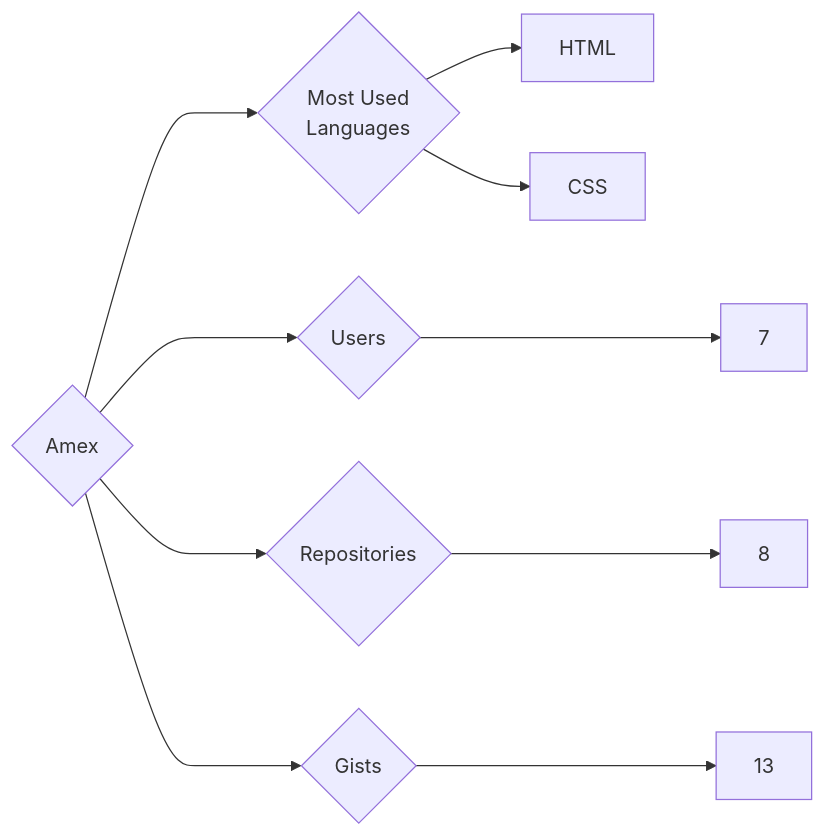
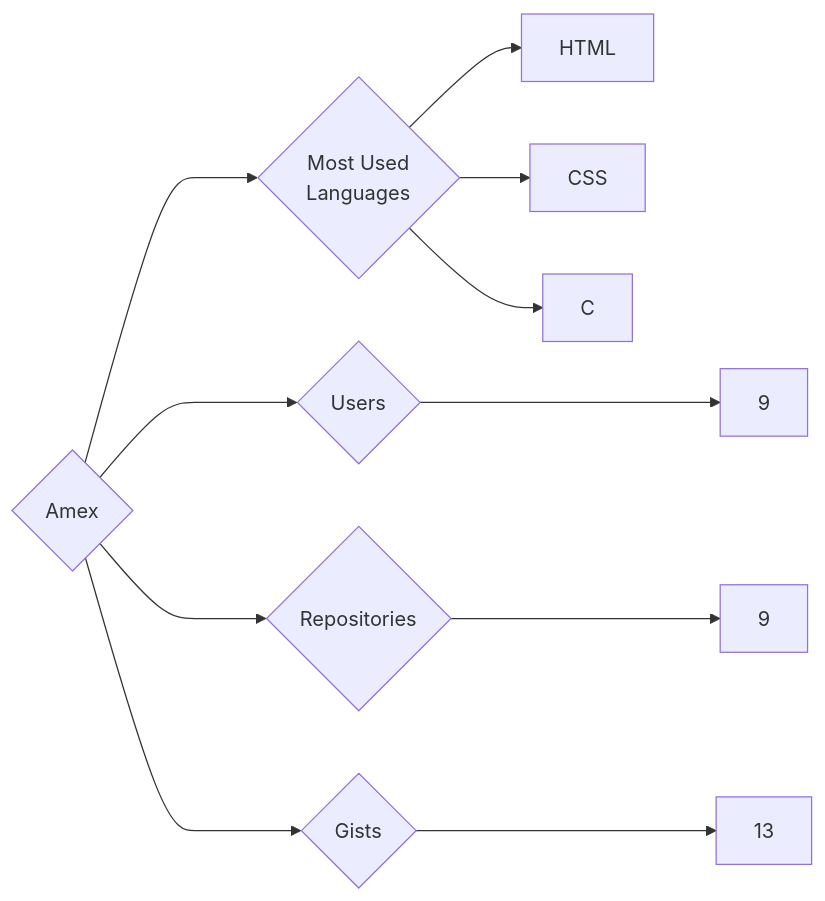
One commit to trickest/insiders changed the diagram in targets/Amex/README.md. Above: the diagram before and after it, drawn with Mermaid. The commit also changed 1120 other files, not shown here.

````diff
--- a/targets/Amex/README.md
+++ b/targets/Amex/README.md
@@ -3,10 +3,11 @@
 ```mermaid
 graph LR
 COMPANY_NAME{Amex}
-COMPANY_NAME ---> U{Users} ---> UN[7]
-COMPANY_NAME ---> R{Repositories} ---> RN[8]
+COMPANY_NAME ---> U{Users} ---> UN[9]
+COMPANY_NAME ---> R{Repositories} ---> RN[9]
 COMPANY_NAME ---> G{Gists} ---> GN[13]
 COMPANY_NAME ---> ML{Most Used<br>Languages}
 ML --> HTML[HTML]
 ML --> CSS[CSS]
+ML --> C[C]
 ```
````
